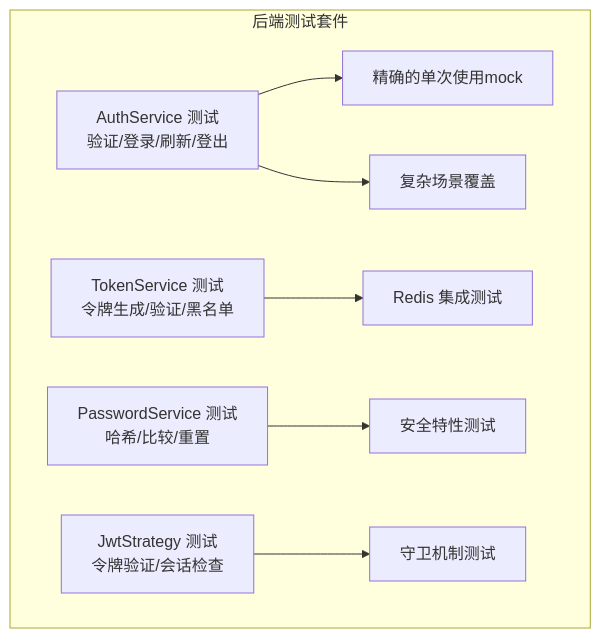
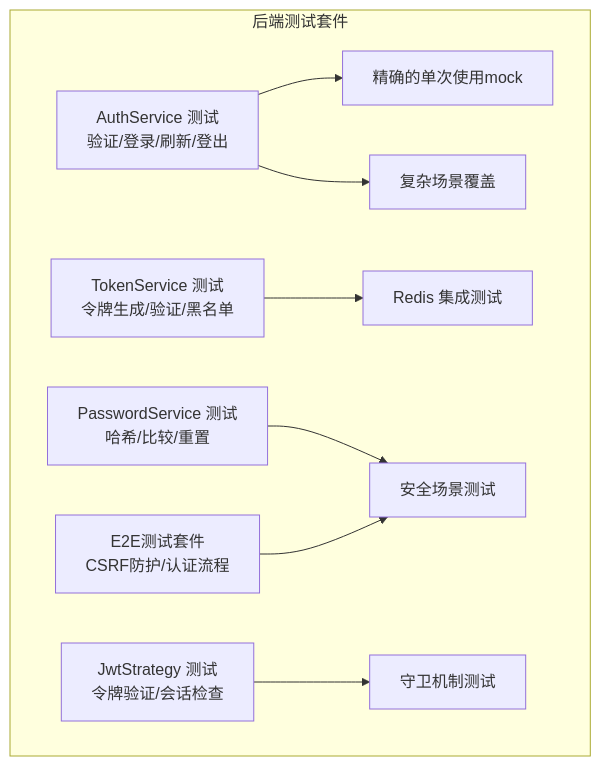
One commit to xixixiaoyu/Todo changed the eighth of 10 diagrams in .qoder/repowiki/zh/content/核心模块/用户认证系统/用户认证系统.md. Above: the diagram before and after it, drawn with Mermaid. The commit also changed other lines of this file and 6 other files, not shown here.

````diff
--- a/.qoder/repowiki/zh/content/核心模块/用户认证系统/用户认证系统.md
+++ b/.qoder/repowiki/zh/content/核心模块/用户认证系统/用户认证系统.md
@@ -406,10 +556,11 @@
 ```mermaid
 graph TB
 subgraph "后端测试套件"
 AS_Test["AuthService 测试<br/>验证/登录/刷新/登出"] --> Mocks["精确的单次使用mock"]
 AS_Test --> Scenarios["复杂场景覆盖"]
 TS_Test["TokenService 测试<br/>令牌生成/验证/黑名单"] --> Redis["Redis 集成测试"]
 PS_Test["PasswordService 测试<br/>哈希/比较/重置"] --> Security["安全特性测试"]
 JS_Test["JwtStrategy 测试<br/>令牌验证/会话检查"] --> Guard["守卫机制测试"]
+E2E_Test["E2E测试套件<br/>CSRF防护/认证流程"] --> Security["安全场景测试"]
 end
 ```
````
